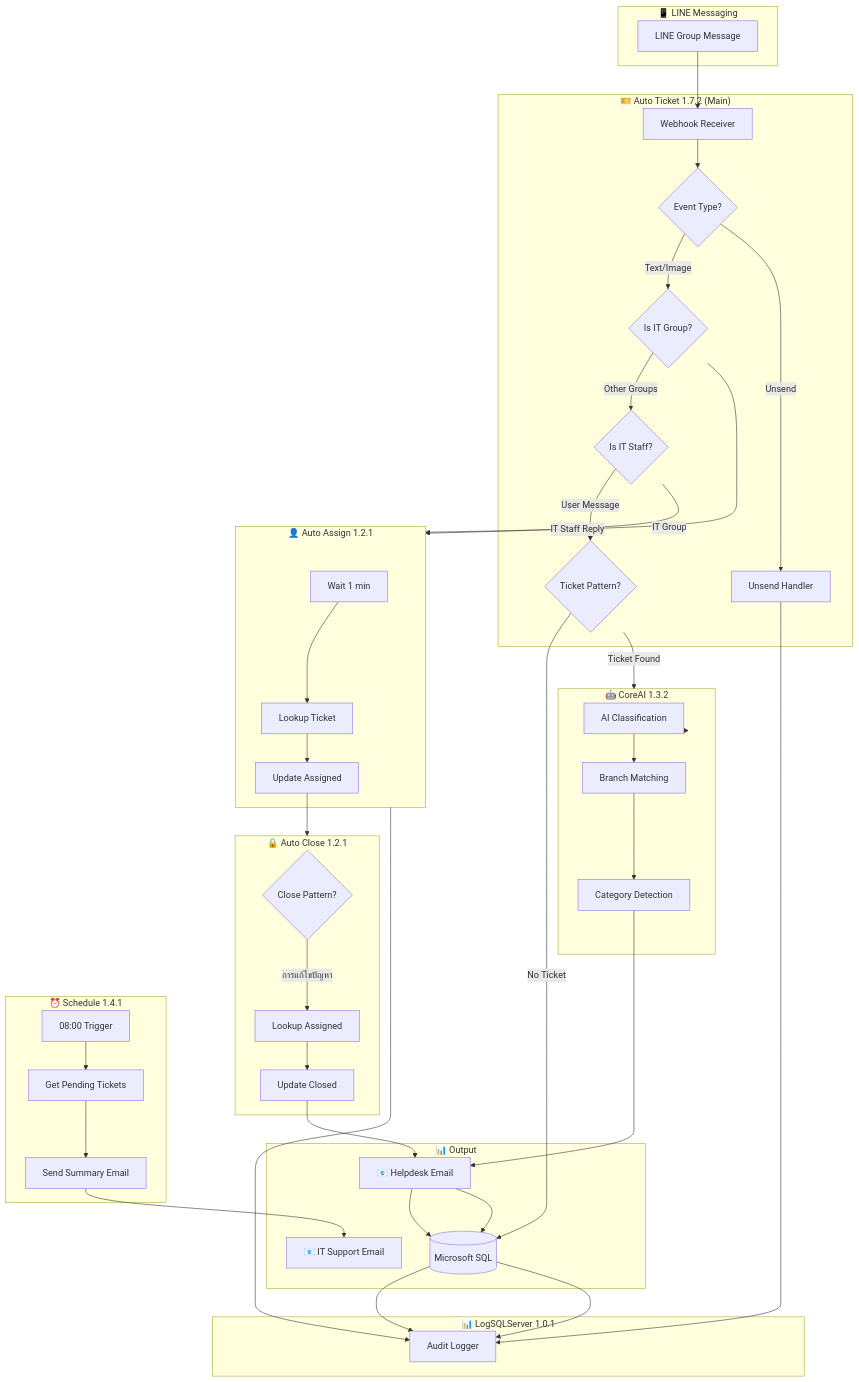
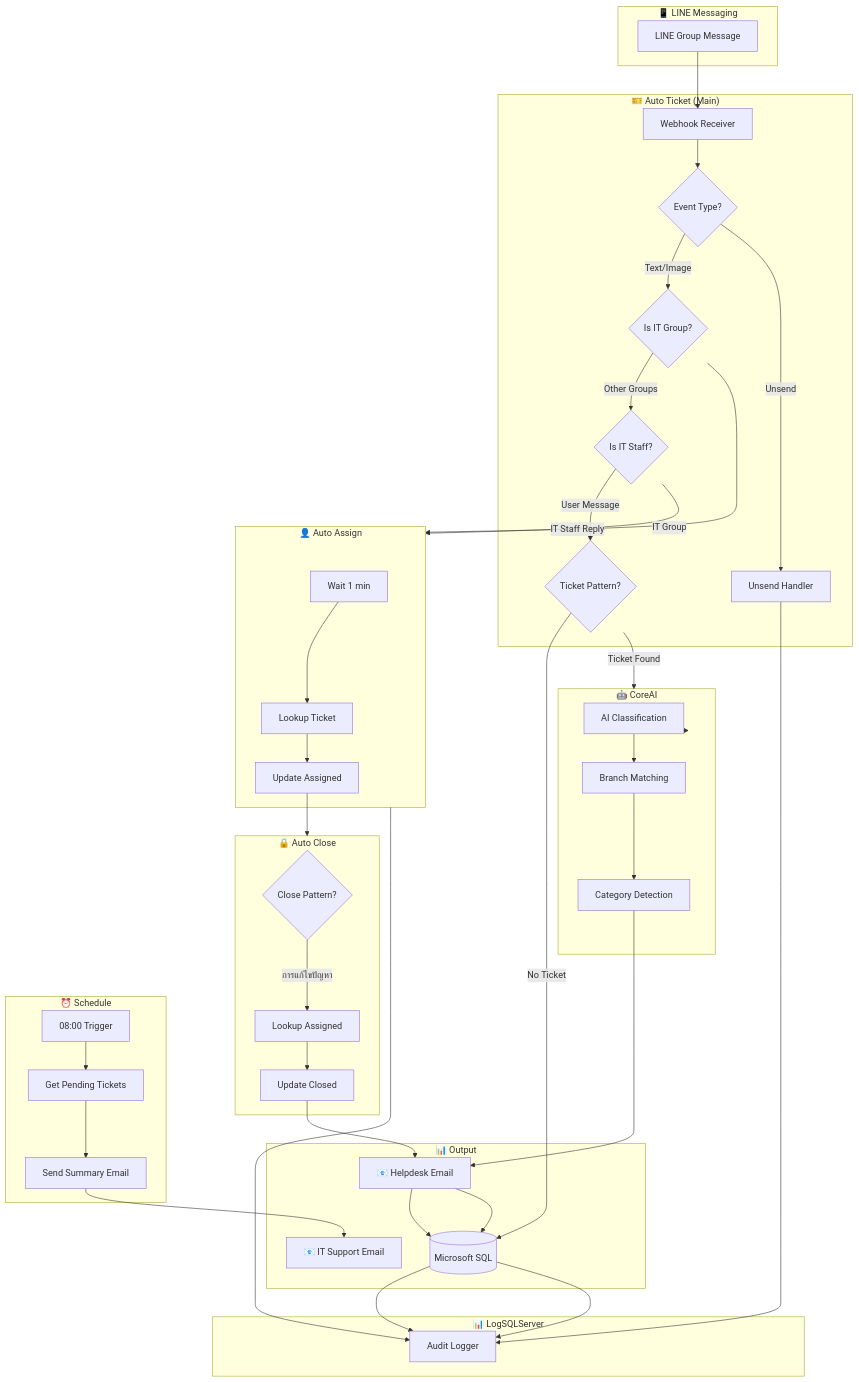
Before and after one commit to Piyabordee/n8n-auto-ticket-system: the first of 2 diagrams in README.md, drawn with Mermaid. The commit also changed other lines of this file and 1 other file, not shown here.

````diff
--- a/README.md
+++ b/README.md
@@ -39,63 +39,63 @@
 ```mermaid
 flowchart TB
     subgraph LINE["📱 LINE Messaging"]
         A[LINE Group Message]
     end
 
-    subgraph Main["🎫 Auto Ticket 1.7.2 (Main)"]
+    subgraph Main["🎫 Auto Ticket (Main)"]
         B[Webhook Receiver]
         C{Event Type?}
         D{Is IT Group?}
         E{Is IT Staff?}
         F{Ticket Pattern?}
         G[Unsend Handler]
     end
 
-    subgraph AI["🤖 CoreAI 1.3.2"]
+    subgraph AI["🤖 CoreAI"]
         H[AI Classification]
         I[Branch Matching]
         J[Category Detection]
     end
 
-    subgraph Assign["👤 Auto Assign 1.2.1"]
+    subgraph Assign["👤 Auto Assign"]
         K[Wait 1 min]
         L[Lookup Ticket]
         M[Update Assigned]
     end
 
-    subgraph Close["🔒 Auto Close 1.2.1"]
+    subgraph Close["🔒 Auto Close"]
         N{Close Pattern?}
         O[Lookup Assigned]
         P[Update Closed]
     end
 
-    subgraph Schedule["⏰ Schedule 1.4.1"]
+    subgraph Schedule["⏰ Schedule"]
         Q[08:00 Trigger]
         R[Get Pending Tickets]
         S[Send Summary Email]
     end
 
-    subgraph Audit["📊 LogSQLServer 1.0.1"]
+    subgraph Audit["📊 LogSQLServer"]
         T[Audit Logger]
     end
 
     subgraph Output["📊 Output"]
         U[(Microsoft SQL)]
         V[📧 Helpdesk Email]
         W[📧 IT Support Email]
     end
 
     A --> B --> C
     C -->|Text/Image| D
     C -->|Unsend| G --> T
     D -->|IT Group| Assign
     D -->|Other Groups| E
     E -->|IT Staff Reply| Assign
     E -->|User Message| F
     F -->|Ticket Found| AI --> H --> I --> J --> V --> U --> T
     F -->|No Ticket| U
     K --> L --> M --> Close
     N -->|การแก้ไขปัญหา| O --> P --> V --> U --> T
     Q --> R --> S --> W
     Assign --> T
 ```
````
